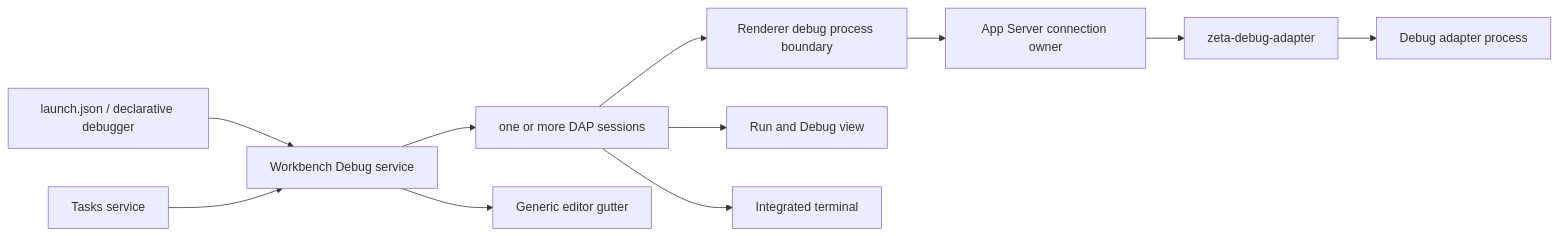
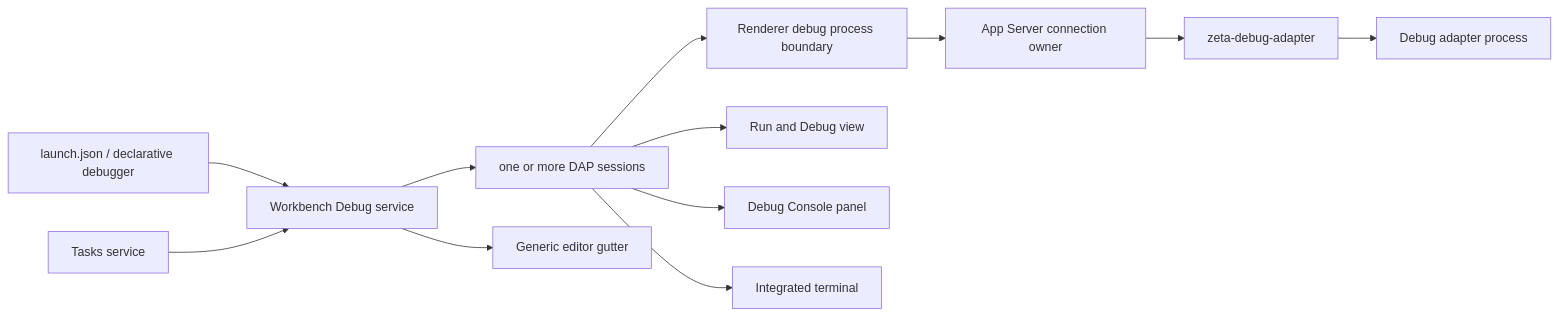
The diagram in docs/debugging.md (chogng/zeta), drawn with Mermaid before and after one commit. The commit also changed other lines of this file and 141 other files, not shown here.

````diff
--- a/docs/debugging.md
+++ b/docs/debugging.md
@@ -23,13 +23,14 @@
 ```mermaid
 flowchart LR
     Launch["launch.json / declarative debugger"] --> DebugService["Workbench Debug service"]
     Tasks["Tasks service"] --> DebugService
     DebugService --> Sessions["one or more DAP sessions"]
     Sessions --> Platform["Renderer debug process boundary"]
     Platform --> AppServer["App Server connection owner"]
     AppServer --> Runtime["zeta-debug-adapter"]
     Runtime --> Adapter["Debug adapter process"]
     Sessions --> View["Run and Debug view"]
+    Sessions --> Console["Debug Console panel"]
     DebugService --> Gutter["Generic editor gutter"]
     Sessions --> Terminal["Integrated terminal"]
 ```
````
